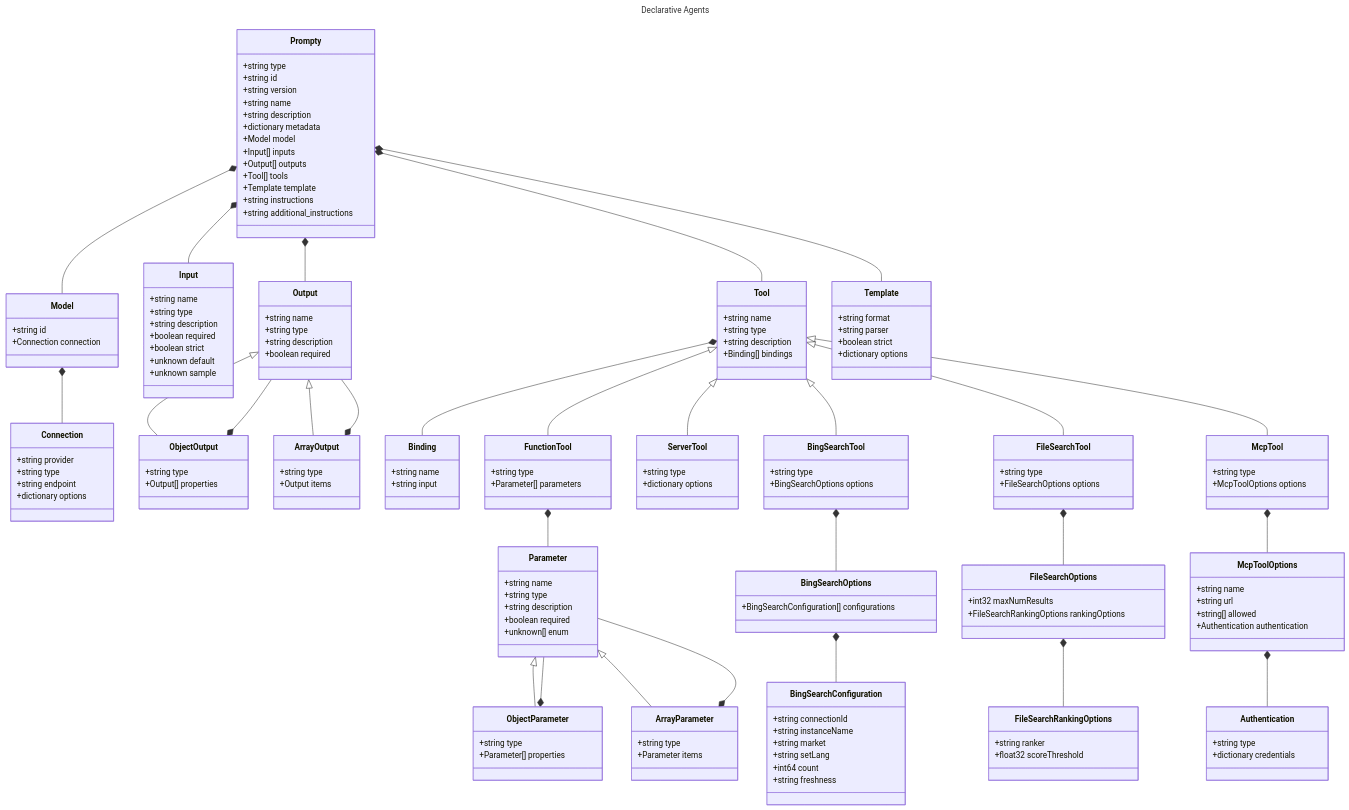
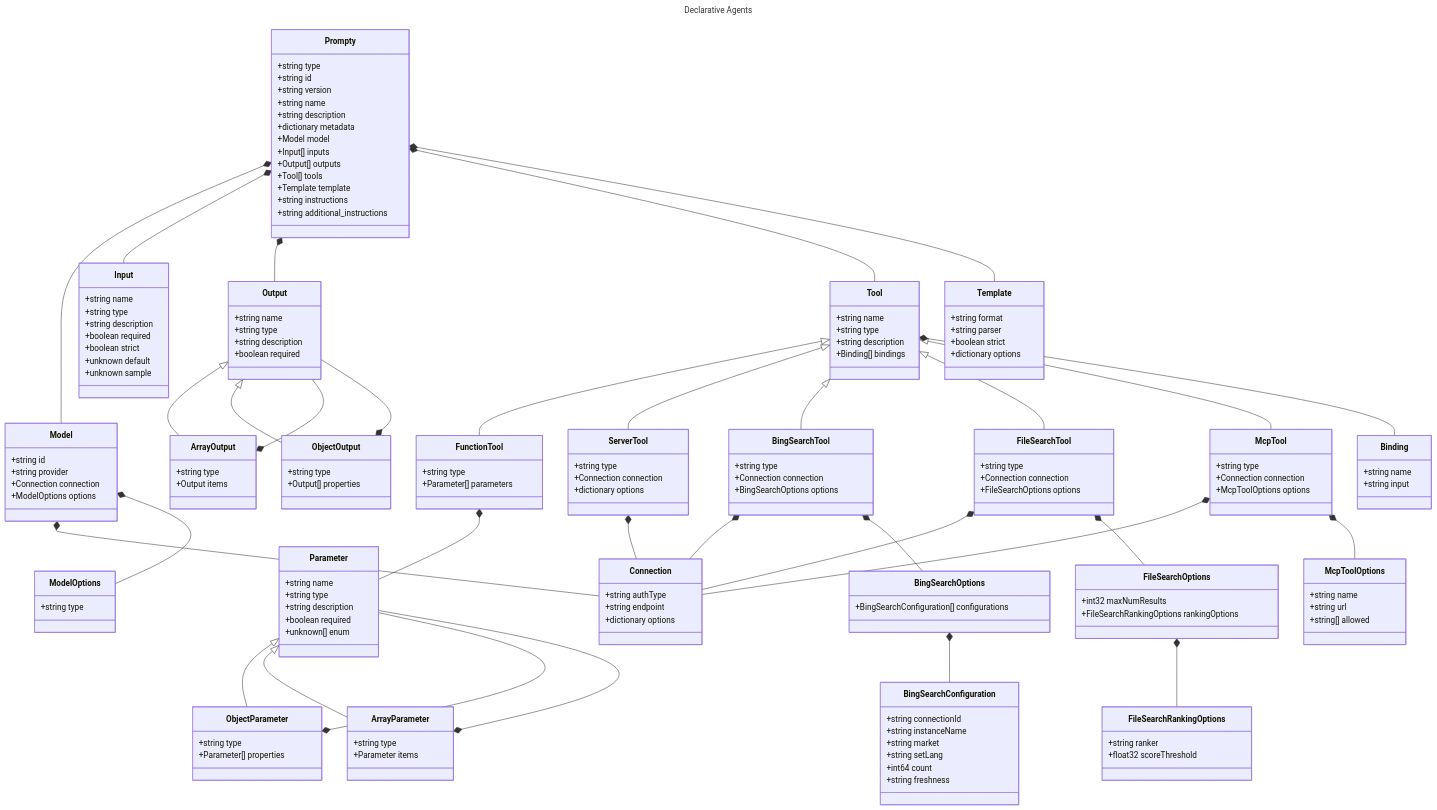
The diagram in specification/prompty/docs/README.md (microsoft/prompty), drawn with Mermaid before and after one commit. The commit also changed 30 other files, not shown here.

```diff
--- a/specification/prompty/docs/README.md
+++ b/specification/prompty/docs/README.md
@@ -9,14 +9,18 @@
 ---
 classDiagram
     class Connection {
-        +string provider
-        +string type
+        +string authType
         +string endpoint
         +dictionary options
     }
+    class ModelOptions {
+        +string type
+    }
     class Model {
         +string id
+        +string provider
         +Connection connection
+        +ModelOptions options
     }
     class Input {
         +string name
@@ -72,6 +76,7 @@
     }
     class ServerTool {
         +string type
+        +Connection connection
         +dictionary options
     }
     class BingSearchConfiguration {
@@ -87,6 +92,7 @@
     }
     class BingSearchTool {
         +string type
+        +Connection connection
         +BingSearchOptions options
     }
     class FileSearchRankingOptions {
@@ -99,20 +105,17 @@
     }
     class FileSearchTool {
         +string type
+        +Connection connection
         +FileSearchOptions options
-    }
-    class Authentication {
-        +string type
-        +dictionary credentials
     }
     class McpToolOptions {
         +string name
         +string url
         +string[] allowed
-        +Authentication authentication
     }
     class McpTool {
         +string type
+        +Connection connection
         +McpToolOptions options
     }
     class Template {
@@ -146,17 +149,21 @@
     Parameter <|-- ObjectParameter
     Parameter <|-- ArrayParameter
     Model *-- Connection
+    Model *-- ModelOptions
     ObjectOutput *-- Output
     ArrayOutput *-- Output
     Tool *-- Binding
     ArrayParameter *-- Parameter
     ObjectParameter *-- Parameter
     FunctionTool *-- Parameter
+    ServerTool *-- Connection
     BingSearchOptions *-- BingSearchConfiguration
+    BingSearchTool *-- Connection
     BingSearchTool *-- BingSearchOptions
     FileSearchOptions *-- FileSearchRankingOptions
+    FileSearchTool *-- Connection
     FileSearchTool *-- FileSearchOptions
-    McpToolOptions *-- Authentication
+    McpTool *-- Connection
     McpTool *-- McpToolOptions
     Prompty *-- Model
     Prompty *-- Input
```
